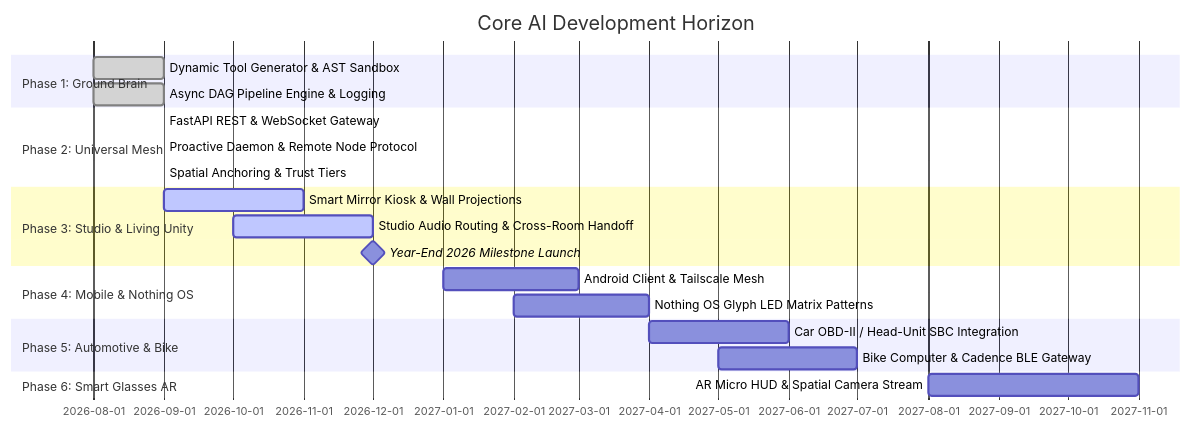
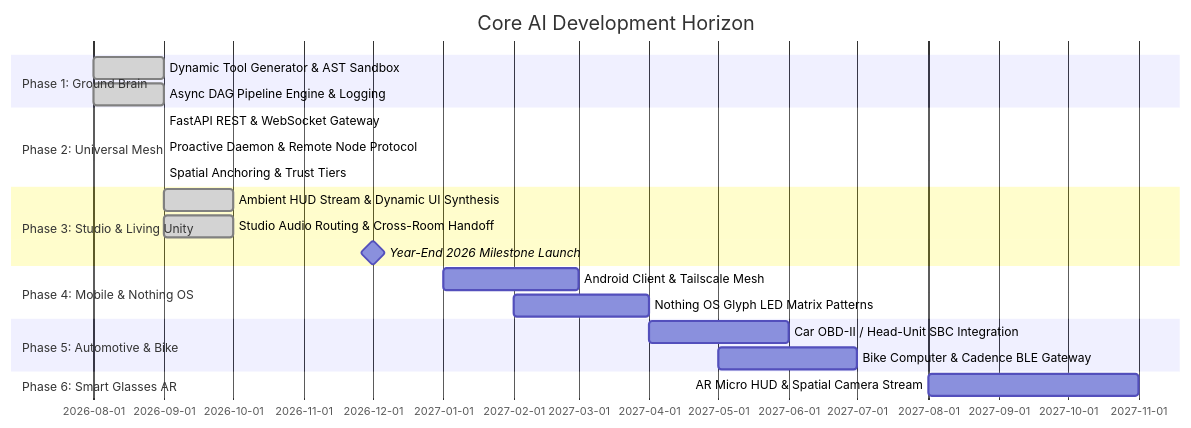
Before and after one commit to Dyvorn/Core-AI: the diagram in docs/ROADMAP.md, drawn with Mermaid. The commit also changed other lines of this file and 6 other files, not shown here.

Commit message:
feat: purge hardcoded mirror UIs, establish device-agnostic dynamic synthesis, and enshrine ecological/charity ethos in README

````diff
--- a/docs/ROADMAP.md
+++ b/docs/ROADMAP.md
@@ -9,24 +9,24 @@
 ```mermaid
 gantt
     title Core AI Development Horizon
     dateFormat  YYYY-MM
     section Phase 1: Ground Brain
     Dynamic Tool Generator & AST Sandbox   :done, p1_1, 2026-08, 2026-09
     Async DAG Pipeline Engine & Logging   :done, p1_2, 2026-08, 2026-09
     section Phase 2: Universal Mesh
     FastAPI REST & WebSocket Gateway      :done, p2_1, 2026-09, 2026-09
     Proactive Daemon & Remote Node Protocol :done, p2_2, 2026-09, 2026-09
     Spatial Anchoring & Trust Tiers       :done, p2_3, 2026-09, 2026-09
     section Phase 3: Studio & Living Unity
-    Smart Mirror Kiosk & Wall Projections  :active, p3_1, 2026-09, 2026-11
-    Studio Audio Routing & Cross-Room Handoff :active, p3_2, 2026-10, 2026-12
+    Ambient HUD Stream & Dynamic UI Synthesis :done, p3_1, 2026-09, 2026-10
+    Studio Audio Routing & Cross-Room Handoff :done, p3_2, 2026-09, 2026-10
     Year-End 2026 Milestone Launch       :milestone, m1, 2026-12, 0d
     section Phase 4: Mobile & Nothing OS
     Android Client & Tailscale Mesh        :p4_1, 2027-01, 2027-03
     Nothing OS Glyph LED Matrix Patterns  :p4_2, 2027-02, 2027-04
     section Phase 5: Automotive & Bike
     Car OBD-II / Head-Unit SBC Integration :p5_1, 2027-04, 2027-06
     Bike Computer & Cadence BLE Gateway   :p5_2, 2027-05, 2027-07
     section Phase 6: Smart Glasses AR
     AR Micro HUD & Spatial Camera Stream   :p6_1, 2027-08, 2027-11
 ```
````
